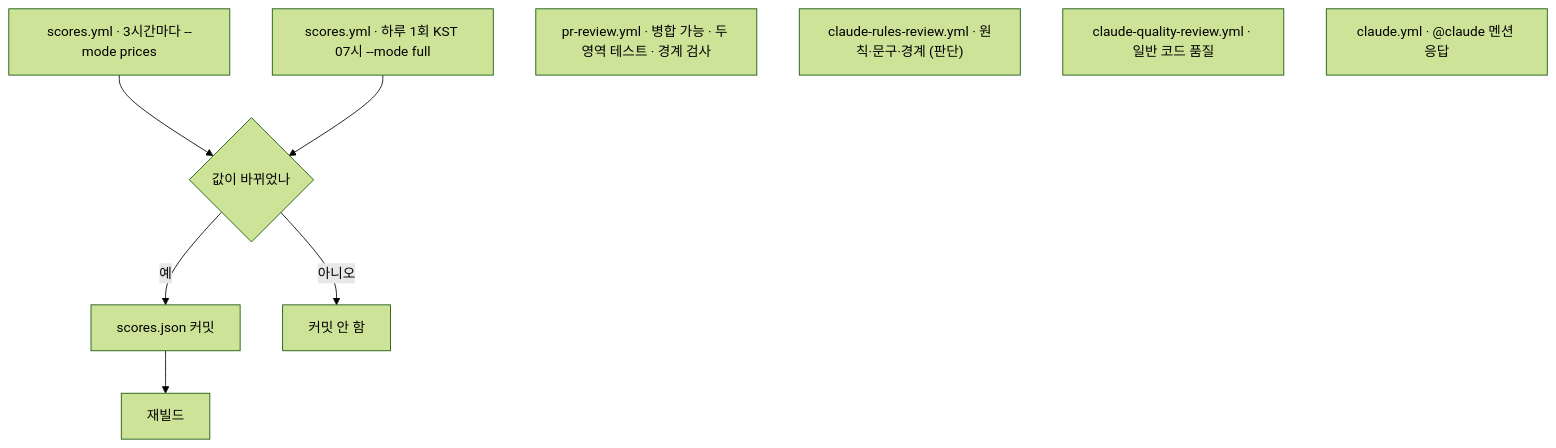
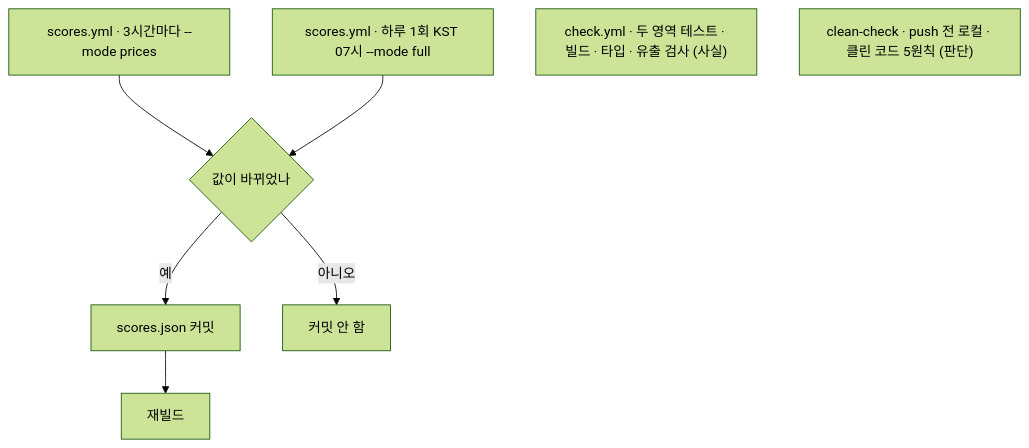
The seventh of 7 diagrams in docs/system-design.md (Tokenaires-hancom/tokenaires_wisor), drawn with Mermaid (forest theme) before and after one commit. The commit also changed other lines of this file, not shown here.

````diff
--- a/docs/system-design.md
+++ b/docs/system-design.md
@@ -374,12 +374,10 @@
 ```mermaid
 flowchart TB
     C1["scores.yml · 3시간마다 --mode prices"] --> DIFF{"값이 바뀌었나"}
     C2["scores.yml · 하루 1회 KST 07시 --mode full"] --> DIFF
     DIFF -->|"예"| CM["scores.json 커밋"] --> RB["재빌드"]
     DIFF -->|"아니오"| SKIP["커밋 안 함"]
 
-    P1["pr-review.yml · 병합 가능 · 두 영역 테스트 · 경계 검사"]
-    P2["claude-rules-review.yml · 원칙·문구·경계 (판단)"]
-    P3["claude-quality-review.yml · 일반 코드 품질"]
-    P4["claude.yml · @claude 멘션 응답"]
+    P1["check.yml · 두 영역 테스트 · 빌드 · 타입 · 유출 검사 (사실)"]
+    P2["clean-check · push 전 로컬 · 클린 코드 5원칙 (판단)"]
 ```
````
